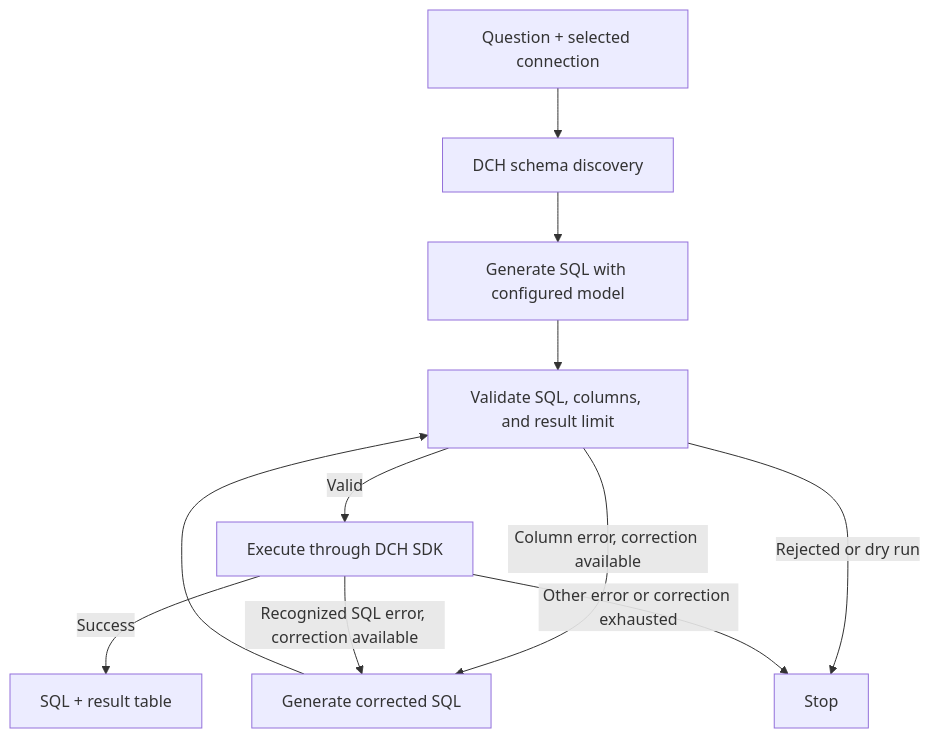
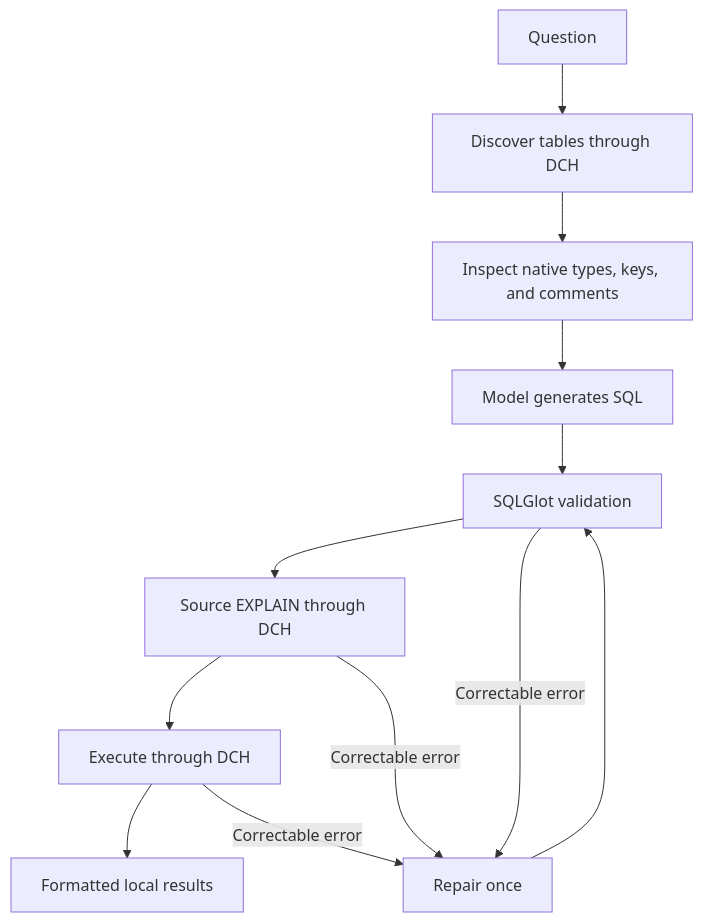
One commit to LukaszCmielowski/nlsql changed the diagram in README.md. Above: the diagram before and after it, drawn with Mermaid. The commit also changed other lines of this file and 18 other files, not shown here.

````diff
--- a/README.md
+++ b/README.md
@@ -256,13 +277,14 @@
 ```mermaid
 flowchart TD
-    Q[Question + selected connection] --> S[DCH schema discovery]
-    S --> G[Generate SQL with configured model]
-    G --> V[Validate SQL, columns, and result limit]
-    V -->|Valid| E[Execute through DCH SDK]
-    V -->|Column error, correction available| C[Generate corrected SQL]
-    V -->|Rejected or dry run| Stop[Stop]
-    E -->|Success| R[SQL + result table]
-    E -->|Recognized SQL error, correction available| C
-    C --> V
-    E -->|Other error or correction exhausted| Stop
+    A[Question] --> B[Discover tables through DCH]
+    B --> C[Inspect native types, keys, and comments]
+    C --> D[Model generates SQL]
+    D --> E[SQLGlot validation]
+    E --> F[Source EXPLAIN through DCH]
+    F --> G[Execute through DCH]
+    G --> H[Formatted local results]
+    E -->|Correctable error| R[Repair once]
+    F -->|Correctable error| R
+    G -->|Correctable error| R
+    R --> E
 ```
````
